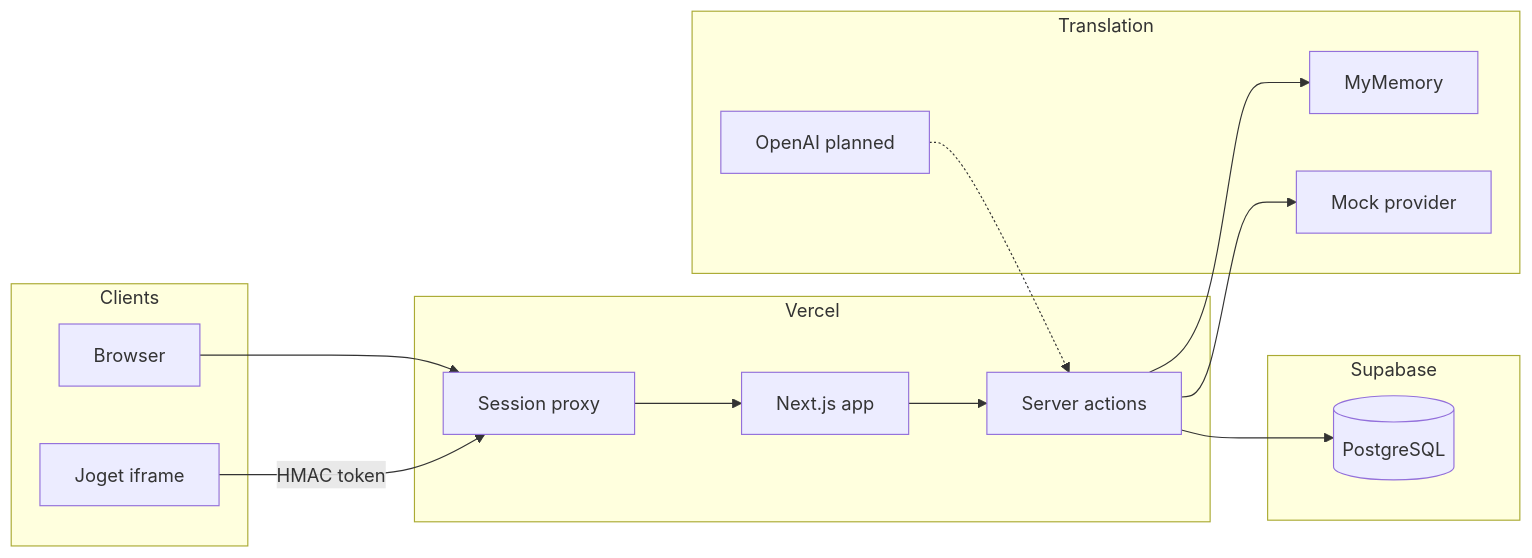
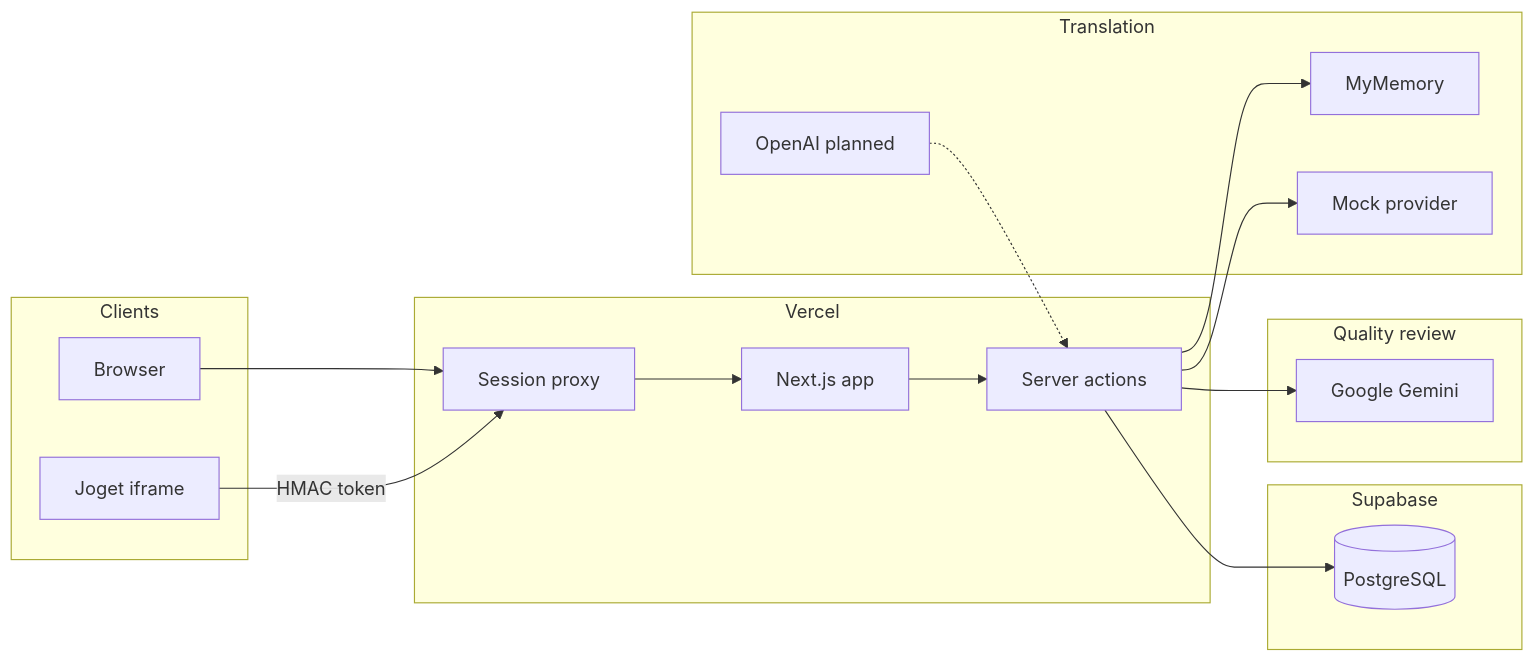
Before and after one commit to alanwongsh/mrdiy-lingo: the first of 11 diagrams in docs/lark-diagrams.md, drawn with Mermaid. The commit also changed other lines of this file and 12 other files, not shown here.

````diff
--- a/docs/lark-diagrams.md
+++ b/docs/lark-diagrams.md
@@ -9,28 +9,32 @@
 ```mermaid
 flowchart LR
   subgraph clients [Clients]
     Browser[Browser]
     Joget[Joget iframe]
   end
   subgraph vercel [Vercel]
     Proxy[Session proxy]
     Next[Next.js app]
     Actions[Server actions]
   end
   subgraph data [Supabase]
     PG[(PostgreSQL)]
   end
   subgraph translate [Translation]
     MM[MyMemory]
     Mock[Mock provider]
     LLM[OpenAI planned]
   end
+  subgraph quality [Quality review]
+    Gemini[Google Gemini]
+  end
   Browser --> Proxy
   Joget -->|HMAC token| Proxy
   Proxy --> Next
   Next --> Actions
   Actions --> PG
   Actions --> MM
   Actions --> Mock
+  Actions --> Gemini
   LLM -.-> Actions
 ```
````
